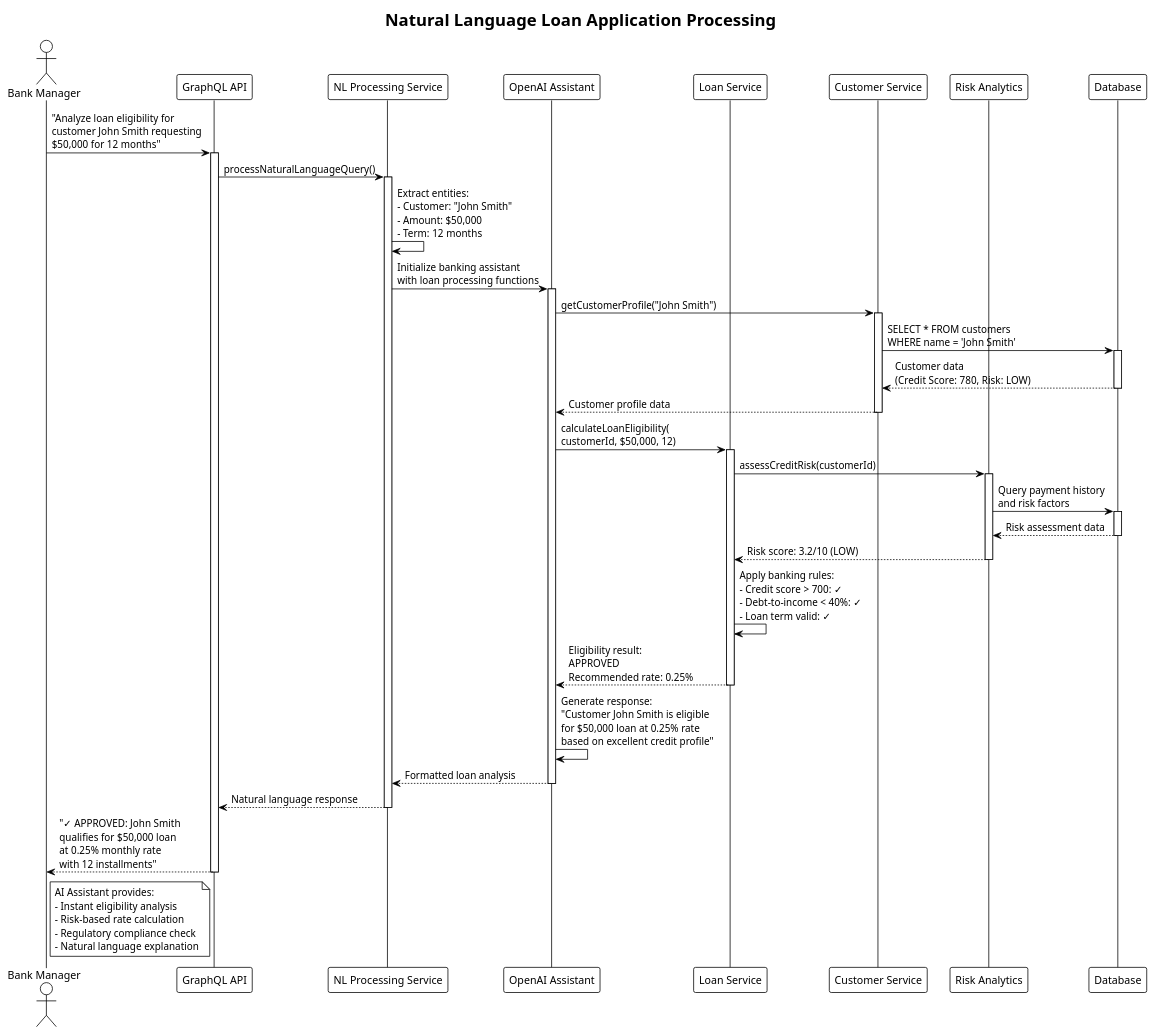
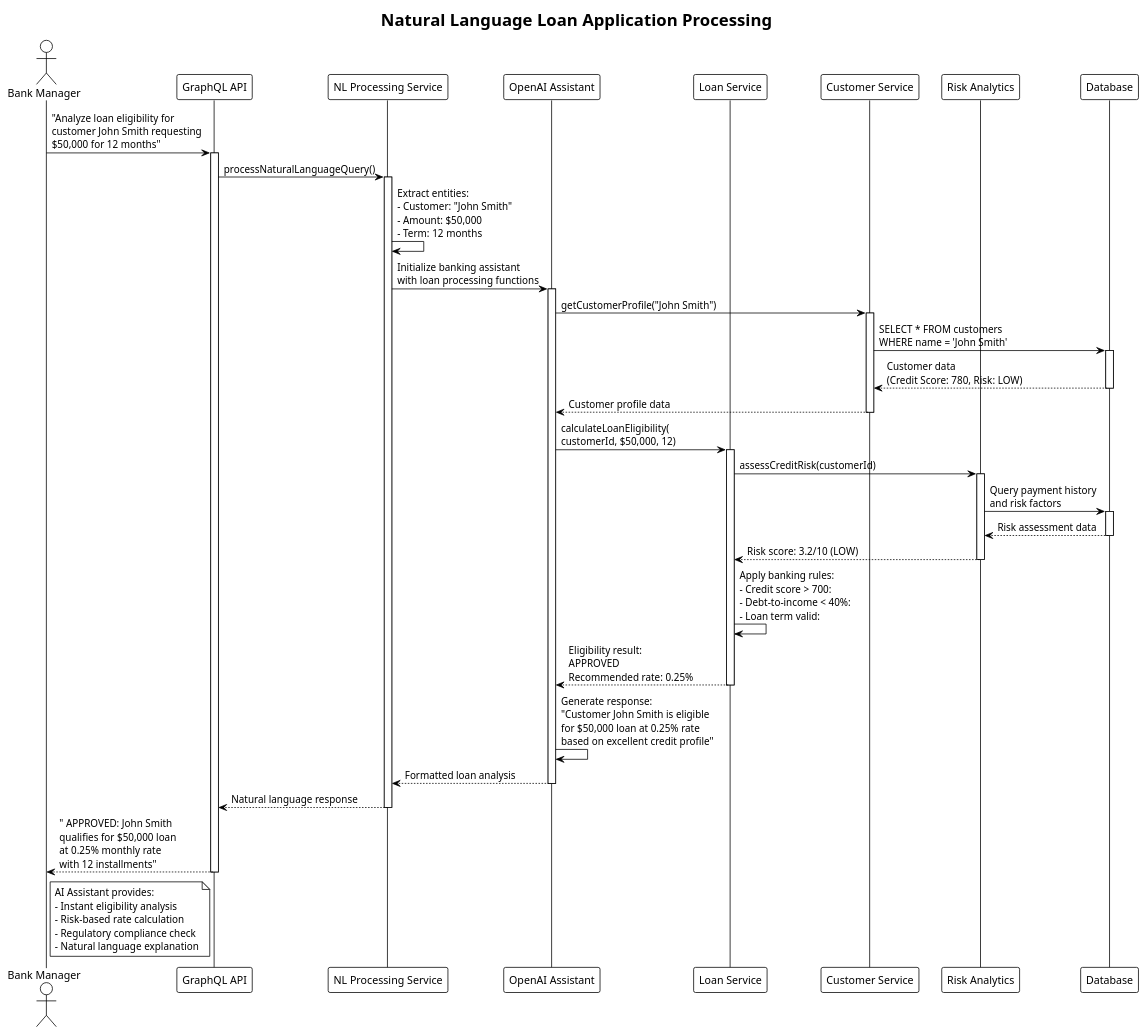
The second of 6 diagrams in docs/enterprise-governance/documentation/AI_USE_CASE_DIAGRAMS.md (COPUR/enterprise-loan-management-system), drawn with PlantUML before and after one commit. The commit also changed other lines of this file and 40 other files, not shown here.

````diff
--- a/docs/enterprise-governance/documentation/AI_USE_CASE_DIAGRAMS.md
+++ b/docs/enterprise-governance/documentation/AI_USE_CASE_DIAGRAMS.md
@@ -78,72 +78,72 @@
 ```plantuml
 @startuml NL_Loan_Processing_Sequence
 !theme plain
 
 title Natural Language Loan Application Processing
 
 actor "Bank Manager" as BM
 participant "GraphQL API" as GQL
 participant "NL Processing Service" as NLP
 participant "OpenAI Assistant" as OAI
 participant "Loan Service" as LS
 participant "Customer Service" as CS
 participant "Risk Analytics" as RA
 participant "Database" as DB
 
 BM -> GQL: "Analyze loan eligibility for\ncustomer John Smith requesting\n$50,000 for 12 months"
 activate GQL
 
 GQL -> NLP: processNaturalLanguageQuery()
 activate NLP
 
 NLP -> NLP: Extract entities:\n- Customer: "John Smith"\n- Amount: $50,000\n- Term: 12 months
 
 NLP -> OAI: Initialize banking assistant\nwith loan processing functions
 activate OAI
 
 OAI -> CS: getCustomerProfile("John Smith")
 activate CS
 CS -> DB: SELECT * FROM customers\nWHERE name = 'John Smith'
 activate DB
 DB --> CS: Customer data\n(Credit Score: 780, Risk: LOW)
 deactivate DB
 CS --> OAI: Customer profile data
 deactivate CS
 
 OAI -> LS: calculateLoanEligibility(\ncustomerId, $50,000, 12)
 activate LS
 LS -> RA: assessCreditRisk(customerId)
 activate RA
 RA -> DB: Query payment history\nand risk factors
 activate DB
 DB --> RA: Risk assessment data
 deactivate DB
 RA --> LS: Risk score: 3.2/10 (LOW)
 deactivate RA
 
-LS -> LS: Apply banking rules:\n- Credit score > 700: ✓\n- Debt-to-income < 40%: ✓\n- Loan term valid: ✓
+LS -> LS: Apply banking rules:\n- Credit score > 700: \n- Debt-to-income < 40%: \n- Loan term valid: 
 
 LS --> OAI: Eligibility result:\nAPPROVED\nRecommended rate: 0.25%
 deactivate LS
 
 OAI -> OAI: Generate response:\n"Customer John Smith is eligible\nfor $50,000 loan at 0.25% rate\nbased on excellent credit profile"
 
 OAI --> NLP: Formatted loan analysis
 deactivate OAI
 
 NLP --> GQL: Natural language response
 deactivate NLP
 
-GQL --> BM: "✓ APPROVED: John Smith\nqualifies for $50,000 loan\nat 0.25% monthly rate\nwith 12 installments"
+GQL --> BM: " APPROVED: John Smith\nqualifies for $50,000 loan\nat 0.25% monthly rate\nwith 12 installments"
 deactivate GQL
 
 note right of BM
   AI Assistant provides:
   - Instant eligibility analysis
   - Risk-based rate calculation
   - Regulatory compliance check
   - Natural language explanation
 end note
 
 @enduml
 ```
````
